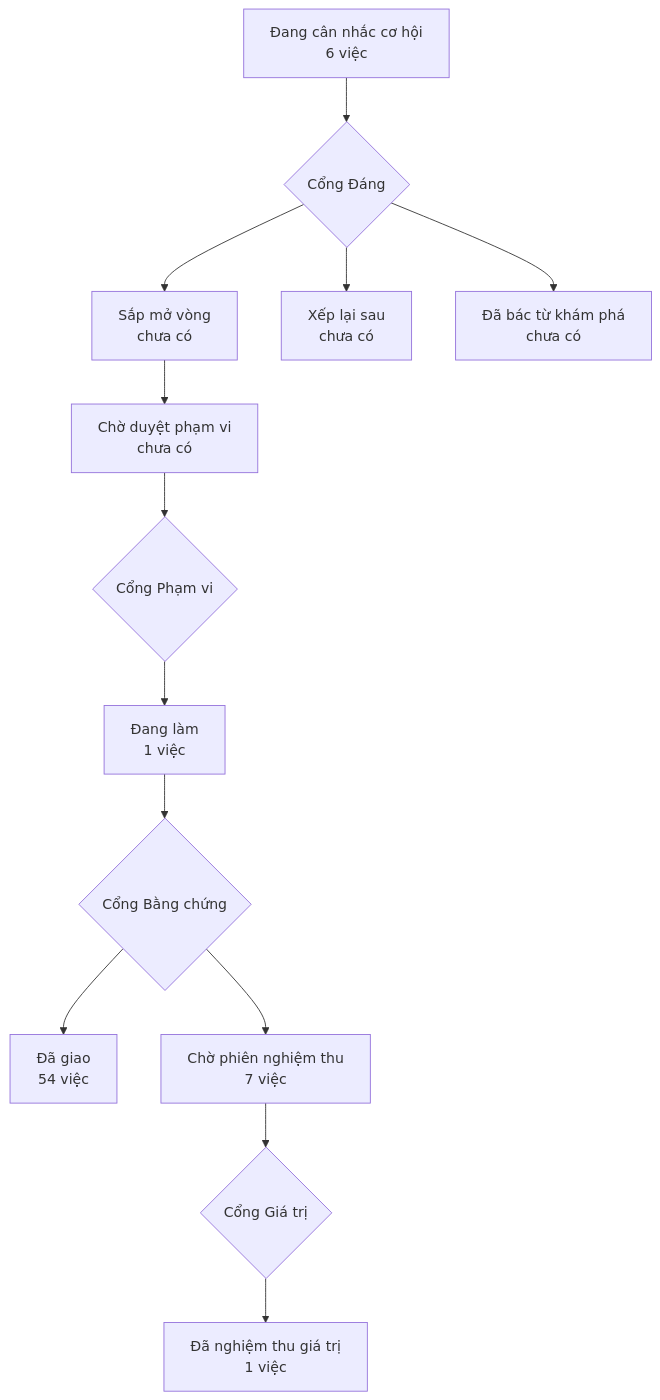
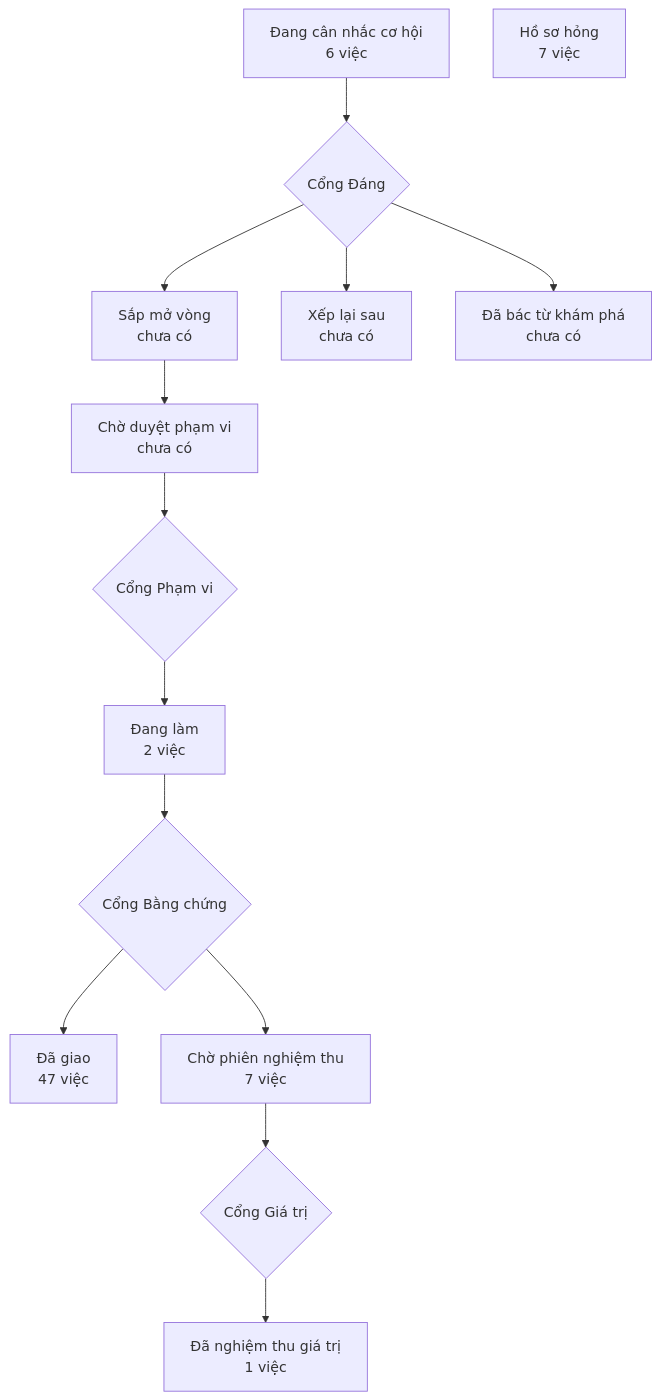
One commit to phanlemanh/crm-onehub changed the diagram in PRODUCT-MAP.md. Above: the diagram before and after it, drawn with Mermaid. The commit also changed other lines of this file and 3 other files, not shown here.

````diff
--- a/PRODUCT-MAP.md
+++ b/PRODUCT-MAP.md
@@ -6,12 +6,13 @@
 ```mermaid
 flowchart TD
   A["Đang cân nhắc cơ hội<br/>6 việc"] --> GD{"Cổng Đáng"}
   GD --> B["Sắp mở vòng<br/>chưa có"]
   GD --> XL["Xếp lại sau<br/>chưa có"]
   GD --> DB["Đã bác từ khám phá<br/>chưa có"]
   B --> CD["Chờ duyệt phạm vi<br/>chưa có"] --> GP{"Cổng Phạm vi"}
-  GP --> DL["Đang làm<br/>1 việc"] --> GB{"Cổng Bằng chứng"}
-  GB --> DG["Đã giao<br/>54 việc"]
+  GP --> DL["Đang làm<br/>2 việc"] --> GB{"Cổng Bằng chứng"}
+  GB --> DG["Đã giao<br/>47 việc"]
   GB --> CN["Chờ phiên nghiệm thu<br/>7 việc"] --> GG{"Cổng Giá trị"}
   GG --> NT["Đã nghiệm thu giá trị<br/>1 việc"]
+  HS["Hồ sơ hỏng<br/>7 việc"]
 ```
````
